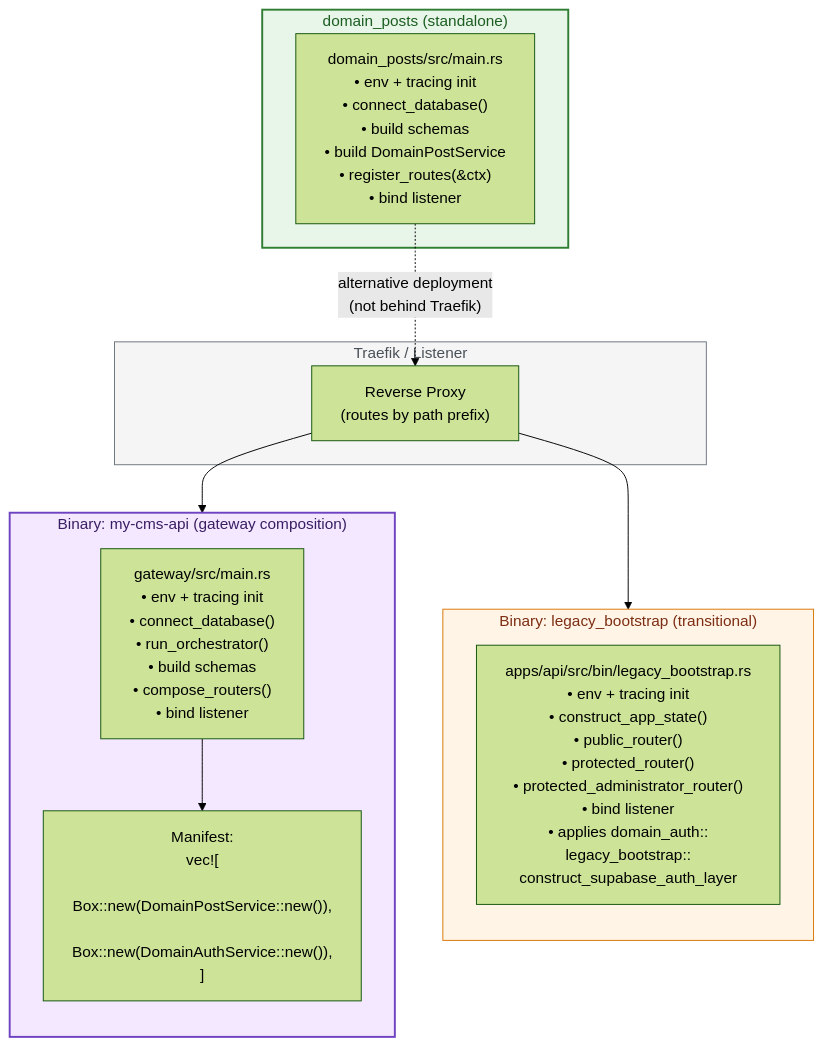
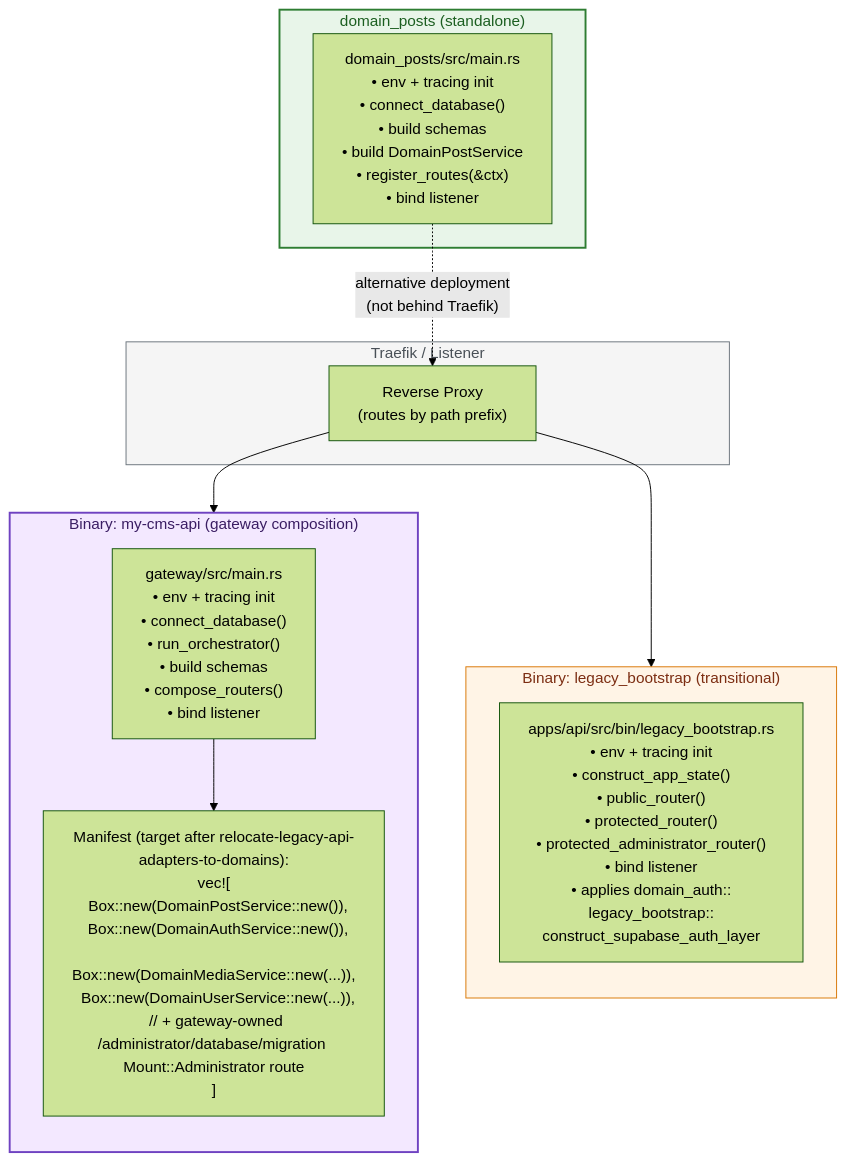
The second of 10 diagrams in docs/api-architecture.md (doitsu2014/my-cms), drawn with Mermaid (forest theme) before and after one commit. The commit also changed other lines of this file and 96 other files, not shown here.

````diff
--- a/docs/api-architecture.md
+++ b/docs/api-architecture.md
@@ -89,36 +93,36 @@
 ```mermaid
 graph TB
     subgraph traefik["Traefik / Listener"]
         LB["Reverse Proxy<br/>(routes by path prefix)"]
     end
 
     subgraph binA["Binary: my-cms-api  (gateway composition)"]
         direction TB
         GA["gateway/src/main.rs<br/>• env + tracing init<br/>• connect_database()<br/>• run_orchestrator()<br/>• build schemas<br/>• compose_routers()<br/>• bind listener"]
-        MA["Manifest:<br/>vec![<br/>  Box::new(DomainPostService::new()),<br/>  Box::new(DomainAuthService::new()),<br/>]"]
+        MA["Manifest (target after relocate-legacy-api-adapters-to-domains):<br/>vec![<br/>  Box::new(DomainPostService::new()),<br/>  Box::new(DomainAuthService::new()),<br/>  Box::new(DomainMediaService::new(...)),<br/>  Box::new(DomainUserService::new(...)),<br/>  // + gateway-owned /administrator/database/migration Mount::Administrator route<br/>]"]
         GA --> MA
     end
 
     subgraph binB["Binary: legacy_bootstrap  (transitional)"]
         direction TB
         LA["apps/api/src/bin/legacy_bootstrap.rs<br/>• env + tracing init<br/>• construct_app_state()<br/>• public_router()<br/>• protected_router()<br/>• protected_administrator_router()<br/>• bind listener<br/>• applies domain_auth::<br/>legacy_bootstrap::<br/>construct_supabase_auth_layer"]
     end
 
     subgraph dp["domain_posts (standalone)"]
         DA["domain_posts/src/main.rs<br/>• env + tracing init<br/>• connect_database()<br/>• build schemas<br/>• build DomainPostService<br/>• register_routes(&ctx)<br/>• bind listener"]
     end
 
     LB --> binA
     LB --> binB
     DA -. "alternative deployment<br/>(not behind Traefik)" .-> LB
 
     classDef gateway fill:#f3e8ff,stroke:#6f42c1,stroke-width:2px,color:#3a1d63
     classDef domain fill:#e8f5e9,stroke:#2e7d32,stroke-width:2px,color:#1b5e20
     classDef shim fill:#fff4e6,stroke:#d97706,stroke-width:1px,color:#7c2d12
     classDef lb fill:#f5f5f5,stroke:#6c757d,stroke-width:1px,color:#495057
 
     class binA gateway
     class dp domain
     class binB shim
     class traefik lb
 ```
````
